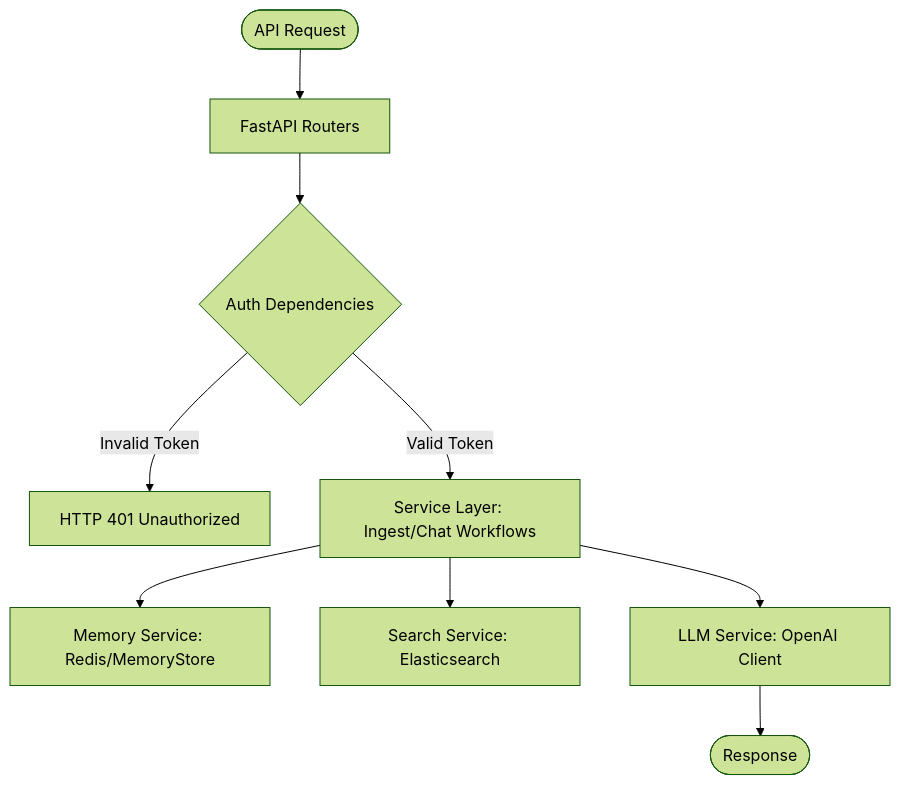
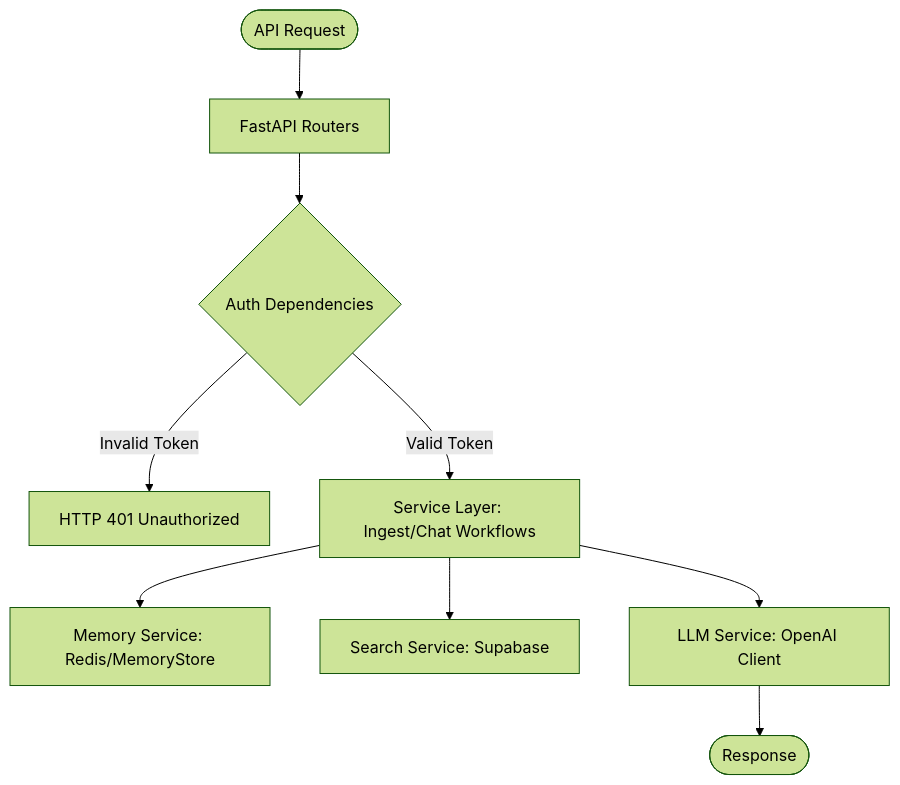
The fifth of 8 diagrams in docs/system_reference_documentation.md (Sayan-Official-32/Agentic-Platform), drawn with Mermaid (forest theme) before and after one commit. The commit also changed other lines of this file and 2 other files, not shown here.

````diff
--- a/docs/system_reference_documentation.md
+++ b/docs/system_reference_documentation.md
@@ -299,11 +299,11 @@
 ```mermaid
 flowchart TD
     Request([API Request]) --> Router[FastAPI Routers]
     Router --> Depend{Auth Dependencies}
     Depend -->|Invalid Token| Err[HTTP 401 Unauthorized]
     Depend -->|Valid Token| Service[Service Layer: Ingest/Chat Workflows]
     Service --> Mem[Memory Service: Redis/MemoryStore]
-    Service --> ES[Search Service: Elasticsearch]
+    Service --> ES[Search Service: Supabase]
     Service --> Model[LLM Service: OpenAI Client]
     Model --> Return([Response])
 ```
````
